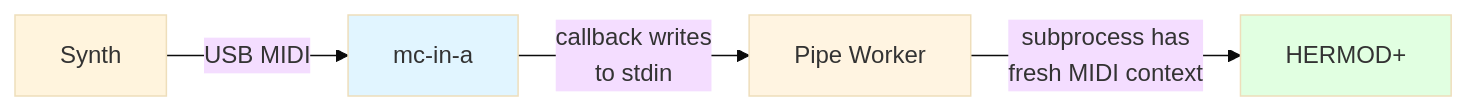
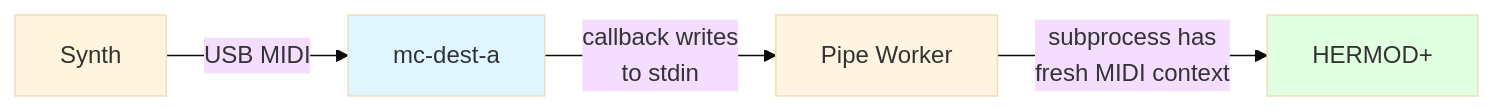
Before and after one commit to odaacabeef/midi-cable: the sixth of 11 diagrams in docs/architecture.md, drawn with Mermaid (base theme). The commit also changed other lines of this file and 1 other file, not shown here.

````diff
--- a/docs/architecture.md
+++ b/docs/architecture.md
@@ -232,10 +235,10 @@
 ```mermaid
 graph LR
-    A[Synth] -->|USB MIDI| B[mc-in-a]
+    A[Synth] -->|USB MIDI| B[mc-dest-a]
     B -->|callback writes<br/>to stdin| C[Pipe Worker]
     C -->|subprocess has<br/>fresh MIDI context| D[HERMOD+]
 
     style B fill:#e1f5ff
     style C fill:#fff4e1
     style D fill:#e1ffe1
 ```
````
